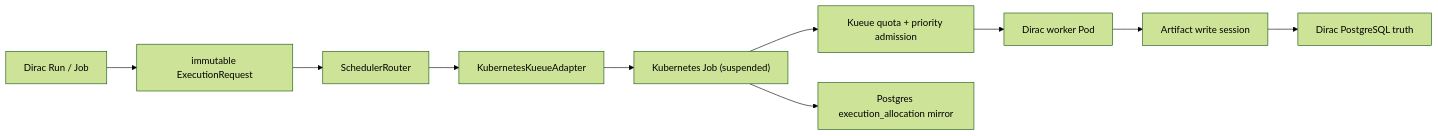
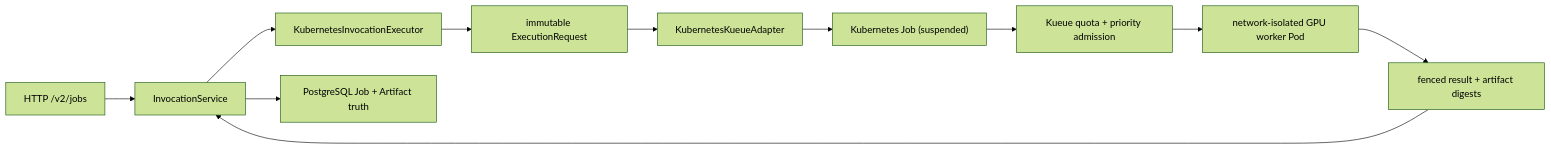
One commit to ivanicu/Dirac changed the diagram in deploy/kubernetes/README.md. Above: the diagram before and after it, drawn with Mermaid (forest theme). The commit also changed other lines of this file and 12 other files, not shown here.

First line of the commit message:
[feat.infra.Ω.D9+] make Motif GPU jobs cross the real Kueue boundary

````diff
--- a/deploy/kubernetes/README.md
+++ b/deploy/kubernetes/README.md
@@ -7,12 +7,13 @@
 ```mermaid
 flowchart LR
-  A["Dirac Run / Job"] --> B["immutable ExecutionRequest"]
-  B --> C["SchedulerRouter"]
-  C --> D["KubernetesKueueAdapter"]
-  D --> E["Kubernetes Job (suspended)"]
-  E --> F["Kueue quota + priority admission"]
-  F --> G["Dirac worker Pod"]
-  G --> H["Artifact write session"]
-  H --> I["Dirac PostgreSQL truth"]
-  E --> J["Postgres execution_allocation mirror"]
+  A["HTTP /v2/jobs"] --> B["InvocationService"]
+  B --> C["KubernetesInvocationExecutor"]
+  C --> D["immutable ExecutionRequest"]
+  D --> E["KubernetesKueueAdapter"]
+  E --> F["Kubernetes Job (suspended)"]
+  F --> G["Kueue quota + priority admission"]
+  G --> H["network-isolated GPU worker Pod"]
+  H --> I["fenced result + artifact digests"]
+  I --> B
+  B --> J["PostgreSQL Job + Artifact truth"]
 ```
````
